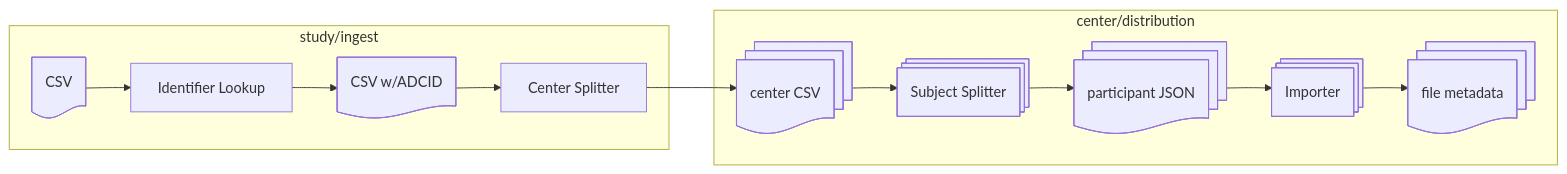
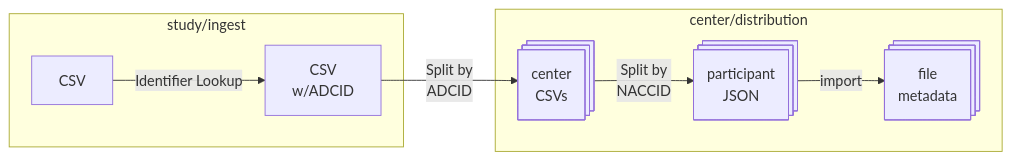
The diagram in docs/csv_center_splitter/process.md (naccdata/flywheel-gear-extensions), drawn with Mermaid before and after one commit. The commit also changed other lines of this file, not shown here.

Commit message:
Update content for csv file processing doc

````diff
--- a/docs/csv_center_splitter/process.md
+++ b/docs/csv_center_splitter/process.md
@@ -13,24 +26,11 @@
 ```mermaid
 flowchart LR
-     A@{ shape: doc, label: "CSV" }
-     B@{ shape: rect, label: "Identifier Lookup" }
-     C@{ shape: doc, label: "CSV w/ADCID" }
-     D@{ shape: rect, label: "Center Splitter" }
-     E@{ shape: docs, label: "center CSV" }
-     F@{ shape: processes, label: "Subject Splitter" }
-     G@{ shape: docs, label: "participant JSON" }
-     H@{ shape: processes, label: "Importer" }
-     I@{ shape: docs, label: "file metadata" }     
     subgraph study/ingest
-        A --> B
-        B --> C
-        C --> D
+        A@{ shape: rect, label: "CSV" } -- Identifier Lookup --> B@{ shape: rect, label: "CSV\nw/ADCID" }
     end
     subgraph center/distribution
-        D --> E
-        E --> F
-        F --> G
-        G --> H
-        H --> I
+        B -- Split by\nADCID --> C@{ shape: processes, label: "center\nCSVs" }
+        C -- Split by\nNACCID --> D@{ shape: processes, label: "participant\nJSON" }
+        D -- import --> E@{ shape: processes, label: "file\nmetadata" }
     end
 ```
````
